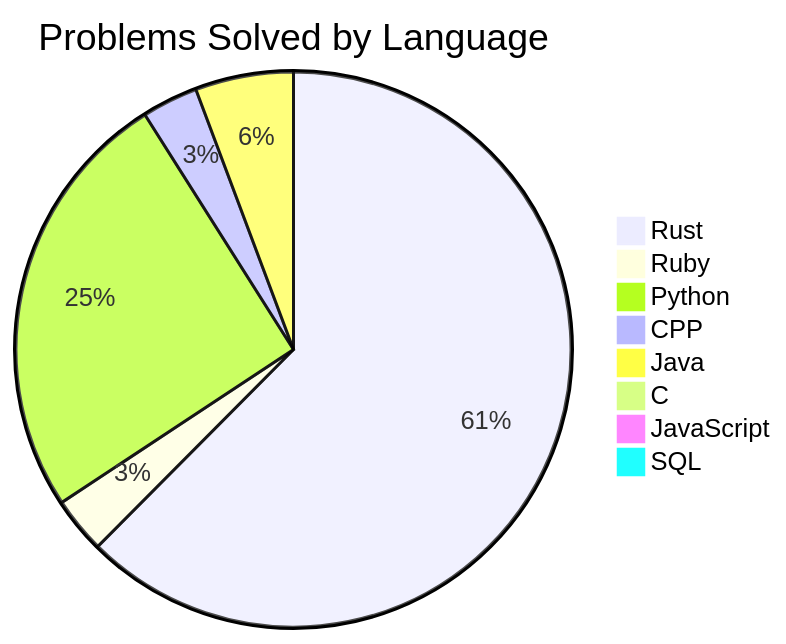
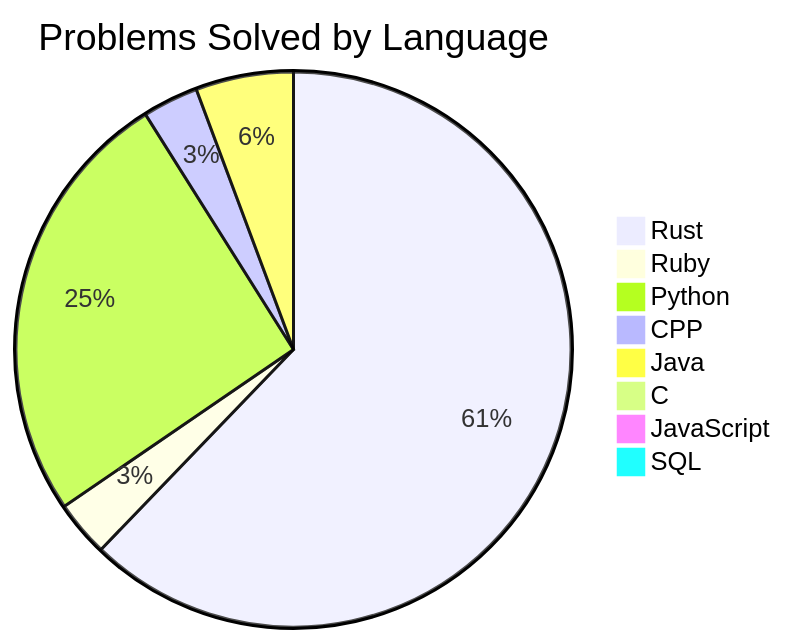
Before and after one commit to Liam-Wirth/leetcode-solutions: the second of 2 diagrams in README.md, drawn with Mermaid. The commit also changed other lines of this file and 3 other files, not shown here.

````diff
--- a/README.md
+++ b/README.md
@@ -47,11 +47,11 @@
 ```mermaid
 pie title Problems Solved by Language
     "Rust": 153
     "Ruby": 8
-    "Python": 62
+    "Python": 63
     "CPP": 8
     "Java": 14
     "C": 1
     "JavaScript": 2
     "SQL": 2
 ```
````
